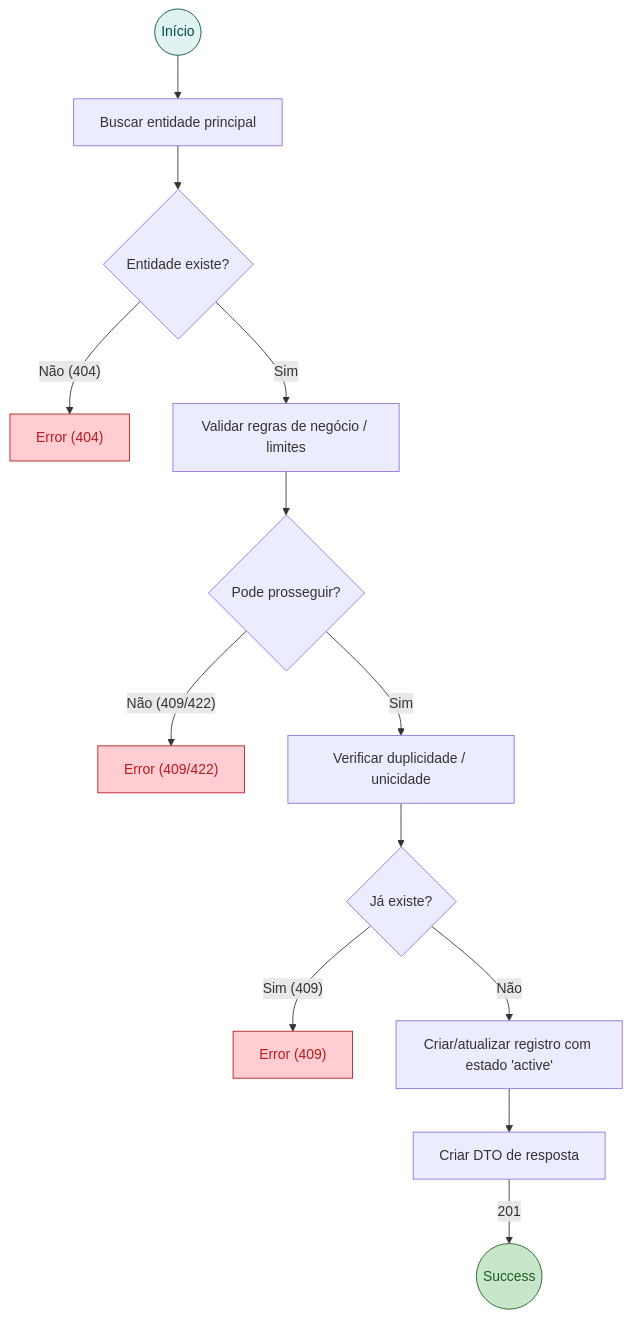
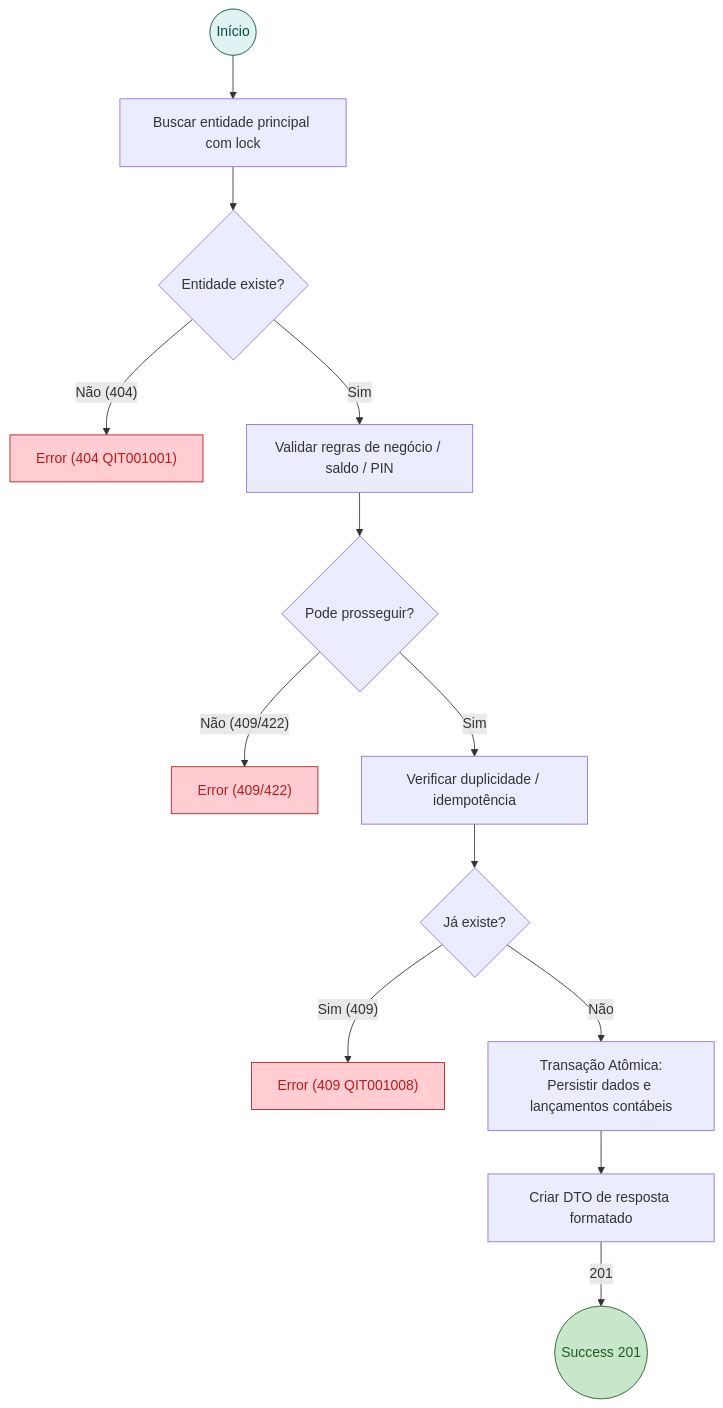
The second of 2 diagrams in docs/rfc/bootcamp-rfc-modelo.md (JPCalsavara/bootcamp-qitech-api), drawn with Mermaid before and after one commit. The commit also changed other lines of this file and 11 other files, not shown here.

````diff
--- a/docs/rfc/bootcamp-rfc-modelo.md
+++ b/docs/rfc/bootcamp-rfc-modelo.md
@@ -141,25 +88,25 @@
 ```mermaid
 flowchart TD
-    START((Início)) --> FIND["Buscar entidade principal"]
+    START((Início)) --> FIND["Buscar entidade principal com lock"]
     FIND --> CHECK_EXISTS{"Entidade existe?"}
     
-    CHECK_EXISTS -- "Não (404)" --> ERR_404["Error (404)"]
-    CHECK_EXISTS -- "Sim" --> VALIDATE_RULES["Validar regras de negócio / limites"]
+    CHECK_EXISTS -- "Não (404)" --> ERR_404["Error (404 QIT001001)"]
+    CHECK_EXISTS -- "Sim" --> VALIDATE_RULES["Validar regras de negócio / saldo / PIN"]
     
     VALIDATE_RULES --> CAN_PROCEED{"Pode prosseguir?"}
     CAN_PROCEED -- "Não (409/422)" --> ERR_409["Error (409/422)"]
-    CAN_PROCEED -- "Sim" --> CHECK_DUPLICATE["Verificar duplicidade / unicidade"]
+    CAN_PROCEED -- "Sim" --> CHECK_DUPLICATE["Verificar duplicidade / idempotência"]
     
     CHECK_DUPLICATE --> IS_DUP{"Já existe?"}
-    IS_DUP -- "Sim (409)" --> ERR_DUP["Error (409)"]
-    IS_DUP -- "Não" --> PERSIST["Criar/atualizar registro com estado 'active'"]
+    IS_DUP -- "Sim (409)" --> ERR_DUP["Error (409 QIT001008)"]
+    IS_DUP -- "Não" --> PERSIST["Transação Atômica:<br/>Persistir dados e lançamentos contábeis"]
     
-    PERSIST --> CREATE_DTO["Criar DTO de resposta"]
-    CREATE_DTO -- "201" --> SUCCESS((Success))
+    PERSIST --> CREATE_DTO["Criar DTO de resposta formatado"]
+    CREATE_DTO -- "201" --> SUCCESS((Success 201))
 
     style ERR_404 fill:#ffcdd2,color:#b71c1c,stroke:#b71c1c
     style ERR_409 fill:#ffcdd2,color:#b71c1c,stroke:#b71c1c
     style ERR_DUP fill:#ffcdd2,color:#b71c1c,stroke:#b71c1c
     style SUCCESS fill:#c8e6c9,color:#1b5e20,stroke:#1b5e20
     style START fill:#e0f2f1,color:#004d40,stroke:#004d40
 ```
````
